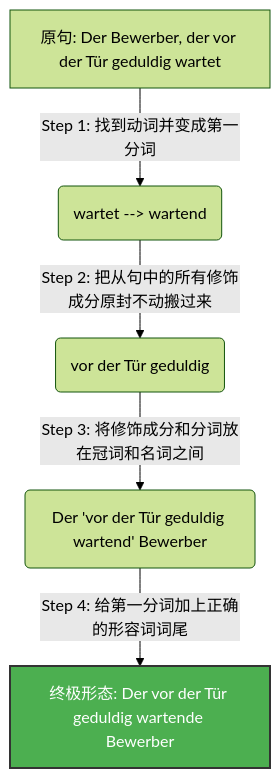
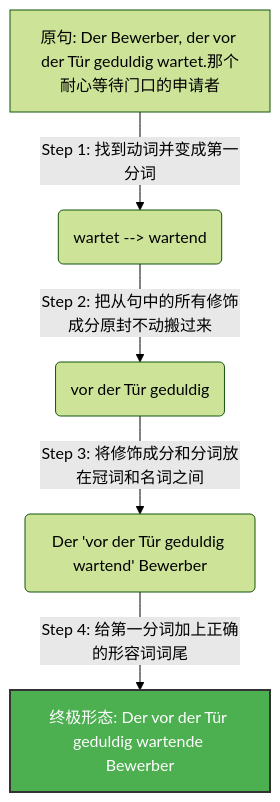
The first of 4 diagrams in 语言学习/德语/公共知识语法/10句型/第一分词作定语.md (tanghaochen/Ideologie_und_Politik_obsidian), drawn with Mermaid (forest theme) before and after one commit. The commit also changed other lines of this file and 12 other files, not shown here.

````diff
--- a/语言学习/德语/公共知识语法/10句型/第一分词作定语.md
+++ b/语言学习/德语/公共知识语法/10句型/第一分词作定语.md
@@ -64,8 +63,8 @@
 ```mermaid
 flowchart TD
-    A[原句: Der Bewerber, der vor der Tür geduldig wartet] -->|Step 1: 找到动词并变成第一分词| B(wartet --> wartend)
+    A[原句: Der Bewerber, der vor der Tür geduldig wartet.那个耐心等待门口的申请者] -->|Step 1: 找到动词并变成第一分词| B(wartet --> wartend)
     B -->|Step 2: 把从句中的所有修饰成分原封不动搬过来| C(vor der Tür geduldig)
     C -->|Step 3: 将修饰成分和分词放在冠词和名词之间| D(Der 'vor der Tür geduldig wartend' Bewerber)
     D -->|Step 4: 给第一分词加上正确的形容词词尾| E[终极形态: Der vor der Tür geduldig wartende Bewerber]
     style E fill:#4CAF50,color:#fff,stroke:#333,stroke-width:2px
 ```
````
